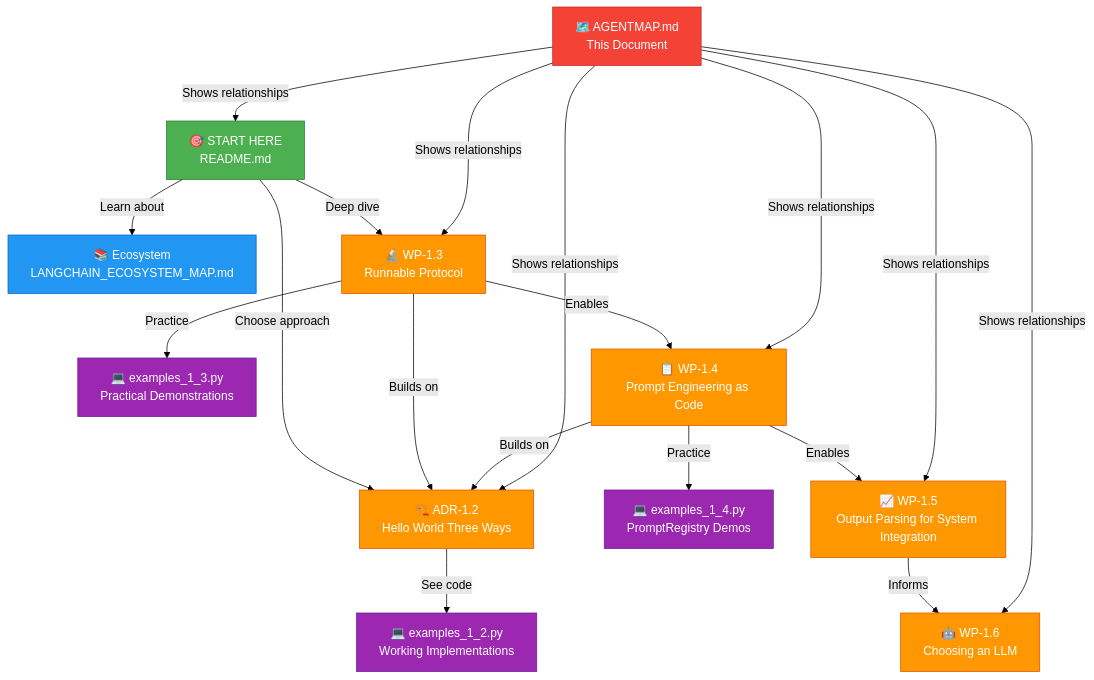
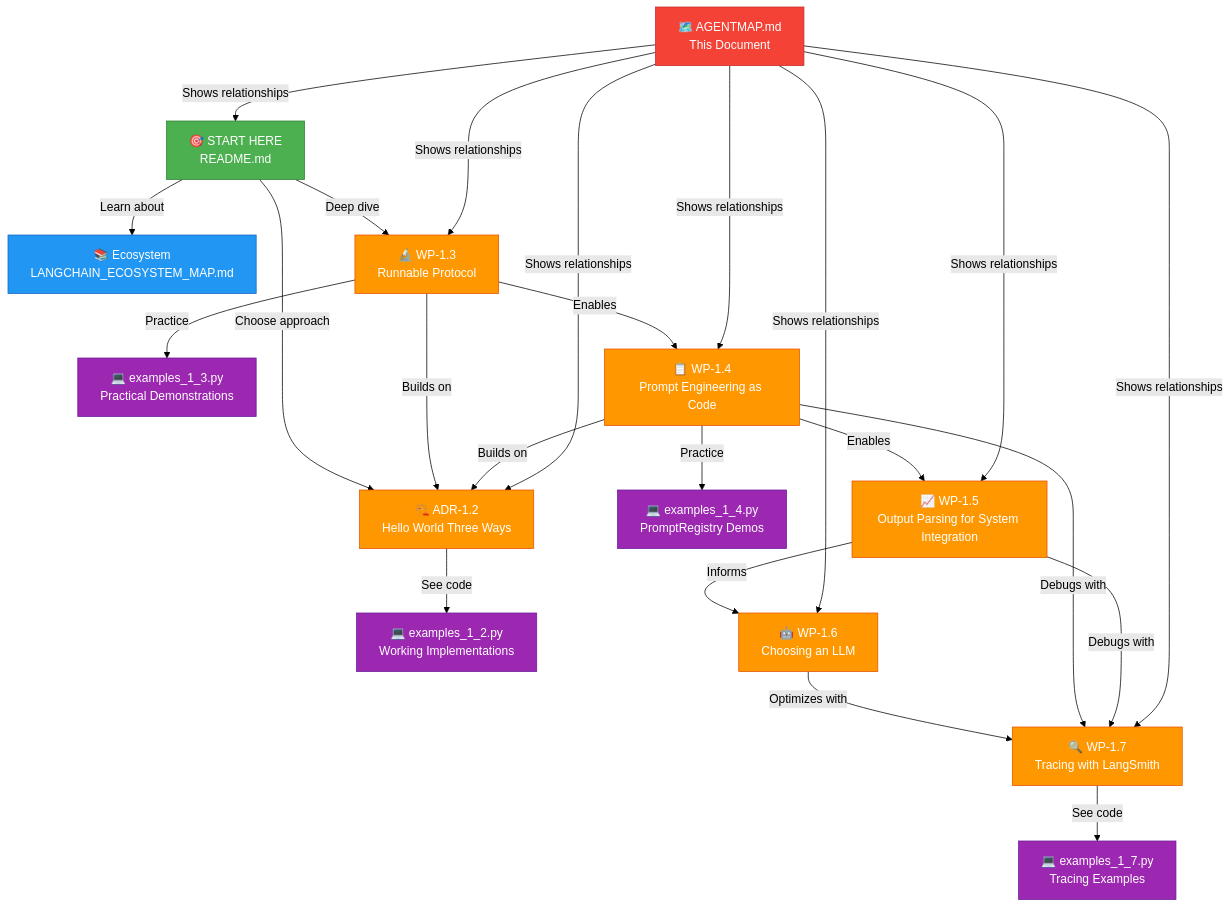
Before and after one commit to pristley/ai-architecture-blueprints: the diagram in AGENTMAP.md, drawn with Mermaid (forest theme). The commit also changed other lines of this file and 8 other files, not shown here.

First line of the commit message:
feat: Add WP-1.7 Introduction to Tracing with LangSmith (v1.0.3)

````diff
--- a/AGENTMAP.md
+++ b/AGENTMAP.md
@@ -11,44 +11,53 @@
 ```mermaid
 graph TB
     START["🎯 START HERE<br/>README.md"] 
     ECOSYSTEM["📚 Ecosystem<br/>LANGCHAIN_ECOSYSTEM_MAP.md"]
     ADR12["🏗️ ADR-1.2<br/>Hello World Three Ways"]
     EX12["💻 examples_1_2.py<br/>Working Implementations"]
     WP13["🔬 WP-1.3<br/>Runnable Protocol"]
     EX13["💻 examples_1_3.py<br/>Practical Demonstrations"]
     WP14["📋 WP-1.4<br/>Prompt Engineering as Code"]
-      EX14["💻 examples_1_4.py<br/>PromptRegistry Demos"]
-      WP15["📈 WP-1.5<br/>Output Parsing for System Integration"]
-         WP16["🤖 WP-1.6<br/>Choosing an LLM"]
+    EX14["💻 examples_1_4.py<br/>PromptRegistry Demos"]
+    WP15["📈 WP-1.5<br/>Output Parsing for System Integration"]
+    WP16["🤖 WP-1.6<br/>Choosing an LLM"]
+    WP17["🔍 WP-1.7<br/>Tracing with LangSmith"]
+    EX17["💻 examples_1_7.py<br/>Tracing Examples"]
     AGENTMAP["🗺️ AGENTMAP.md<br/>This Document"]
     
     START -->|Learn about| ECOSYSTEM
     START -->|Choose approach| ADR12
     ADR12 -->|See code| EX12
     START -->|Deep dive| WP13
     WP13 -->|Practice| EX13
     WP13 -->|Builds on| ADR12
     WP13 -->|Enables| WP14
-      WP14 -->|Enables| WP15
-         WP15 -->|Informs| WP16
+    WP14 -->|Enables| WP15
+    WP15 -->|Informs| WP16
     WP14 -->|Practice| EX14
     WP14 -->|Builds on| ADR12
+    WP16 -->|Optimizes with| WP17
+    WP14 -->|Debugs with| WP17
+    WP15 -->|Debugs with| WP17
+    WP17 -->|See code| EX17
     AGENTMAP -->|Shows relationships| START
     AGENTMAP -->|Shows relationships| ADR12
     AGENTMAP -->|Shows relationships| WP13
     AGENTMAP -->|Shows relationships| WP14
-      AGENTMAP -->|Shows relationships| WP15
-      AGENTMAP -->|Shows relationships| WP16
+    AGENTMAP -->|Shows relationships| WP15
+    AGENTMAP -->|Shows relationships| WP16
+    AGENTMAP -->|Shows relationships| WP17
     
     style START fill:#4CAF50,stroke:#2E7D32,color:#fff
     style ECOSYSTEM fill:#2196F3,stroke:#1565C0,color:#fff
     style ADR12 fill:#FF9800,stroke:#E65100,color:#fff
     style EX12 fill:#9C27B0,stroke:#6A1B9A,color:#fff
     style WP13 fill:#FF9800,stroke:#E65100,color:#fff
     style EX13 fill:#9C27B0,stroke:#6A1B9A,color:#fff
     style WP14 fill:#FF9800,stroke:#E65100,color:#fff
     style EX14 fill:#9C27B0,stroke:#6A1B9A,color:#fff
-      style WP15 fill:#FF9800,stroke:#E65100,color:#fff
-         style WP16 fill:#FF9800,stroke:#E65100,color:#fff
+    style WP15 fill:#FF9800,stroke:#E65100,color:#fff
+    style WP16 fill:#FF9800,stroke:#E65100,color:#fff
+    style WP17 fill:#FF9800,stroke:#E65100,color:#fff
+    style EX17 fill:#9C27B0,stroke:#6A1B9A,color:#fff
     style AGENTMAP fill:#F44336,stroke:#C62828,color:#fff
 ```
````
